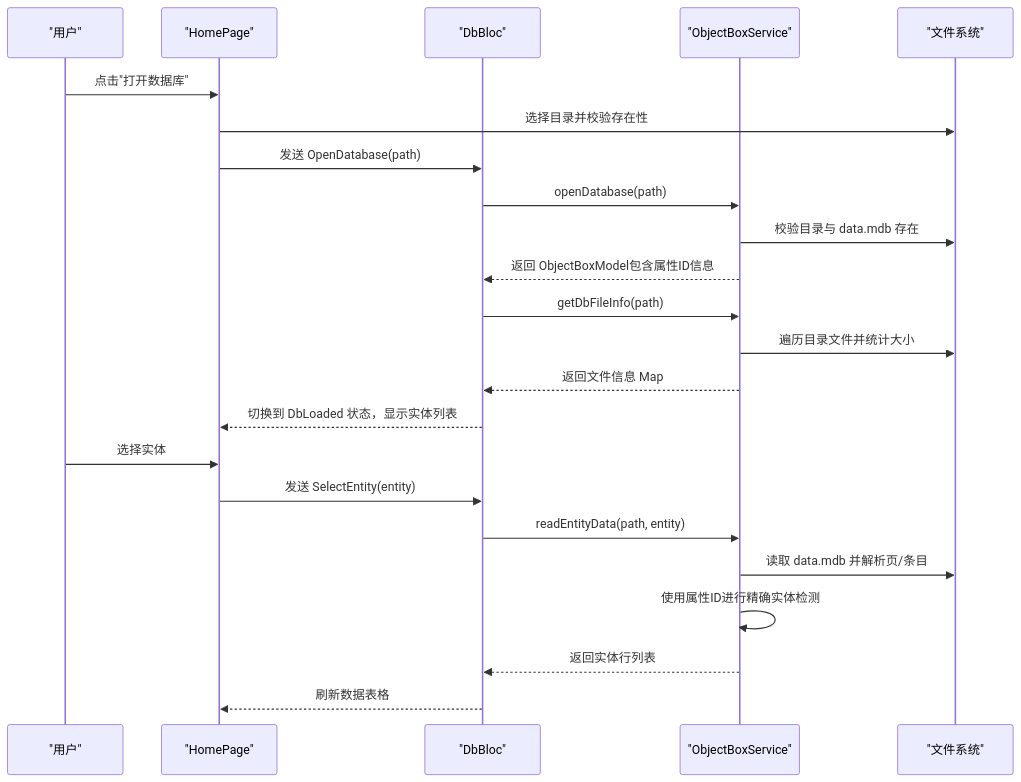
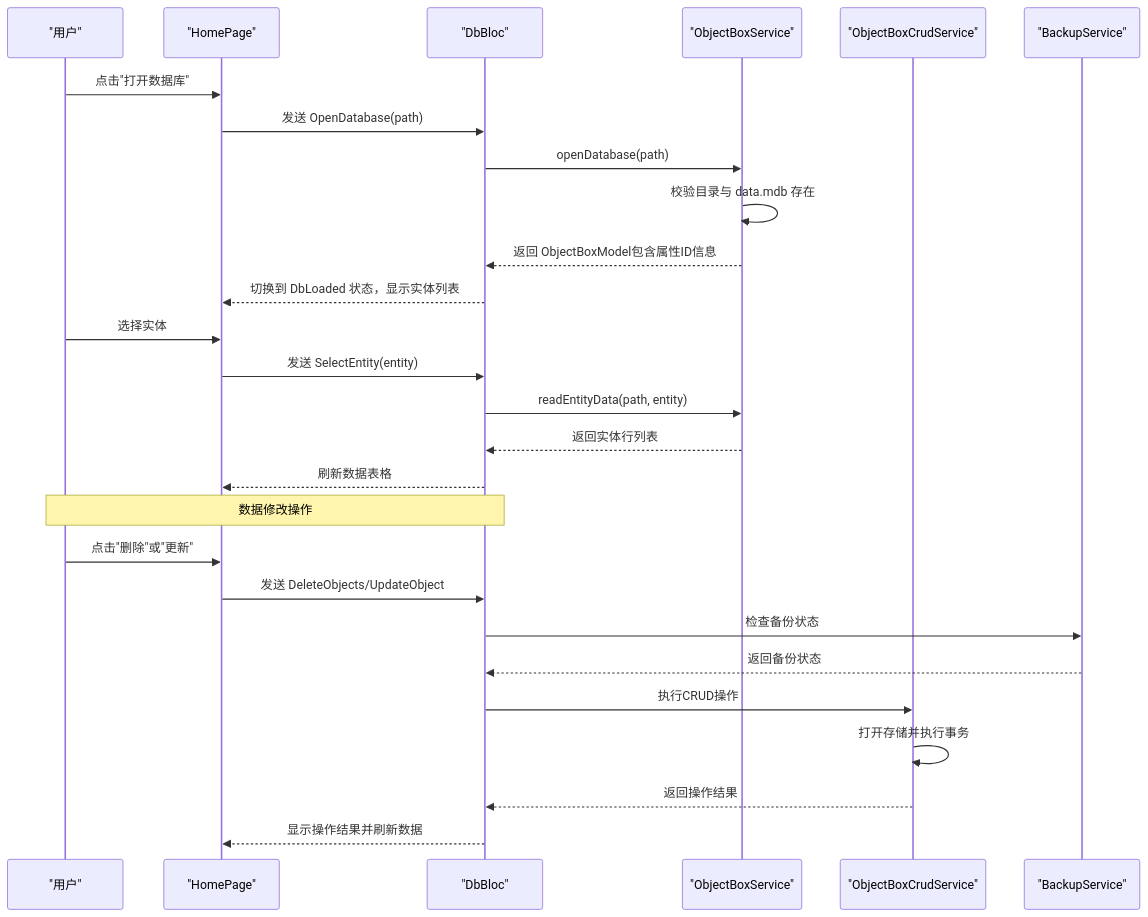
Before and after one commit to kongpf8848/objectbox_viewer: the second of 6 diagrams in .qoder/repowiki/zh/content/核心功能/数据库管理.md, drawn with Mermaid. The commit also changed other lines of this file and 19 other files, not shown here.

````diff
--- a/.qoder/repowiki/zh/content/核心功能/数据库管理.md
+++ b/.qoder/repowiki/zh/content/核心功能/数据库管理.md
@@ -119,25 +154,29 @@
 ```mermaid
 sequenceDiagram
 participant U as "用户"
 participant UI as "HomePage"
 participant B as "DbBloc"
 participant S as "ObjectBoxService"
-participant FS as "文件系统"
+participant CRUD as "ObjectBoxCrudService"
+participant BS as "BackupService"
 U->>UI : 点击"打开数据库"
-UI->>FS : 选择目录并校验存在性
 UI->>B : 发送 OpenDatabase(path)
 B->>S : openDatabase(path)
-S->>FS : 校验目录与 data.mdb 存在
+S->>S : 校验目录与 data.mdb 存在
 S-->>B : 返回 ObjectBoxModel包含属性ID信息
-B->>S : getDbFileInfo(path)
-S->>FS : 遍历目录文件并统计大小
-S-->>B : 返回文件信息 Map
 B-->>UI : 切换到 DbLoaded 状态，显示实体列表
 U->>UI : 选择实体
 UI->>B : 发送 SelectEntity(entity)
 B->>S : readEntityData(path, entity)
-S->>FS : 读取 data.mdb 并解析页/条目
-S->>S : 使用属性ID进行精确实体检测
 S-->>B : 返回实体行列表
 B-->>UI : 刷新数据表格
+Note over U,B : 数据修改操作
+U->>UI : 点击"删除"或"更新"
+UI->>B : 发送 DeleteObjects/UpdateObject
+B->>BS : 检查备份状态
+BS-->>B : 返回备份状态
+B->>CRUD : 执行CRUD操作
+CRUD->>CRUD : 打开存储并执行事务
+CRUD-->>B : 返回操作结果
+B-->>UI : 显示操作结果并刷新数据
 ```
````
